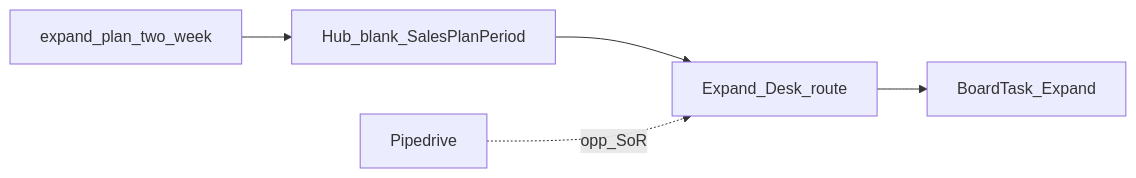
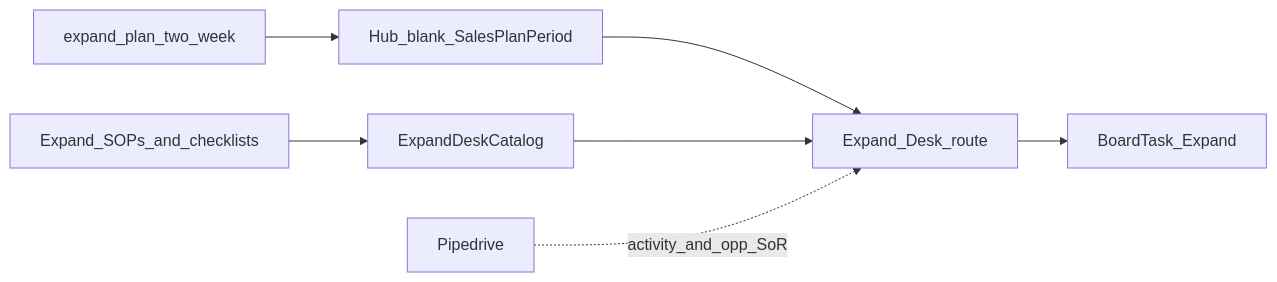
One commit to mkeslin/tls-docs-repo changed the diagram in internal/backlog/design/hub-expand-desk.md. Above: the diagram before and after it, drawn with Mermaid. The commit also changed other lines of this file and 15 other files, not shown here.

Commit message:
Document Expand SOPs, health criteria, and Hub Expand Desk v0.2.

````diff
--- a/internal/backlog/design/hub-expand-desk.md
+++ b/internal/backlog/design/hub-expand-desk.md
@@ -61,7 +70,9 @@
 ```mermaid
 flowchart LR
   tpl[expand_plan_two_week] --> blank[Hub_blank_SalesPlanPeriod]
+  docs[Expand_SOPs_and_checklists] --> catalog[ExpandDeskCatalog]
   blank --> desk[Expand_Desk_route]
+  catalog --> desk
   desk --> board[BoardTask_Expand]
-  pd[Pipedrive] -.->|opp_SoR| desk
+  pd[Pipedrive] -.->|activity_and_opp_SoR| desk
 ```
````
